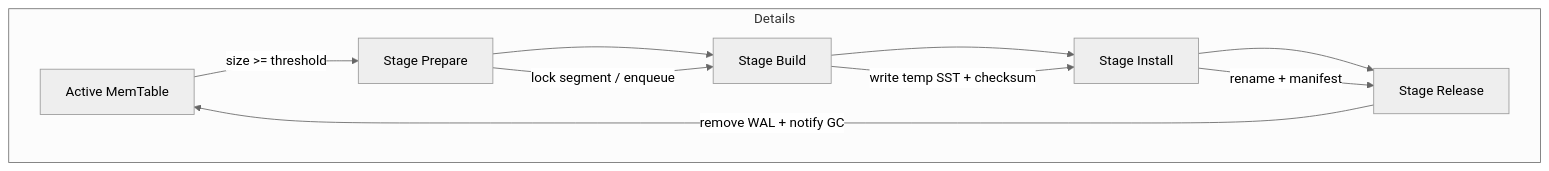
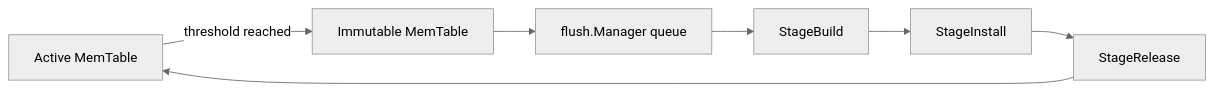
The diagram in docs/flush.md (feichai0017/NoKV), drawn with Mermaid (neutral theme) before and after one commit. The commit also changed other lines of this file and 8 other files, not shown here.

Commit message:
docs: refresh architecture overview and README

````diff
--- a/docs/flush.md
+++ b/docs/flush.md
@@ -11,20 +19,12 @@
 ```mermaid
-flowchart TD
+flowchart LR
     Active[Active MemTable]
-    Prepare[Stage Prepare]
-    Build[Stage Build]
-    Install[Stage Install]
-    Release[Stage Release]
+    Immutable[Immutable MemTable]
+    FlushQ[flush.Manager queue]
+    Build[StageBuild]
+    Install[StageInstall]
+    Release[StageRelease]
 
-    Active -->|size >= threshold| Prepare
-    Prepare --> Build
-    Build --> Install
-    Install --> Release
-
-    subgraph Details
-        Prepare -->|lock segment / enqueue| Build
-        Build -->|write temp SST + checksum| Install
-        Install -->|rename + manifest| Release
-        Release -->|remove WAL + notify GC| Active
-    end
+    Active -->|threshold reached| Immutable --> FlushQ
+    FlushQ --> Build --> Install --> Release --> Active
 ```
````
